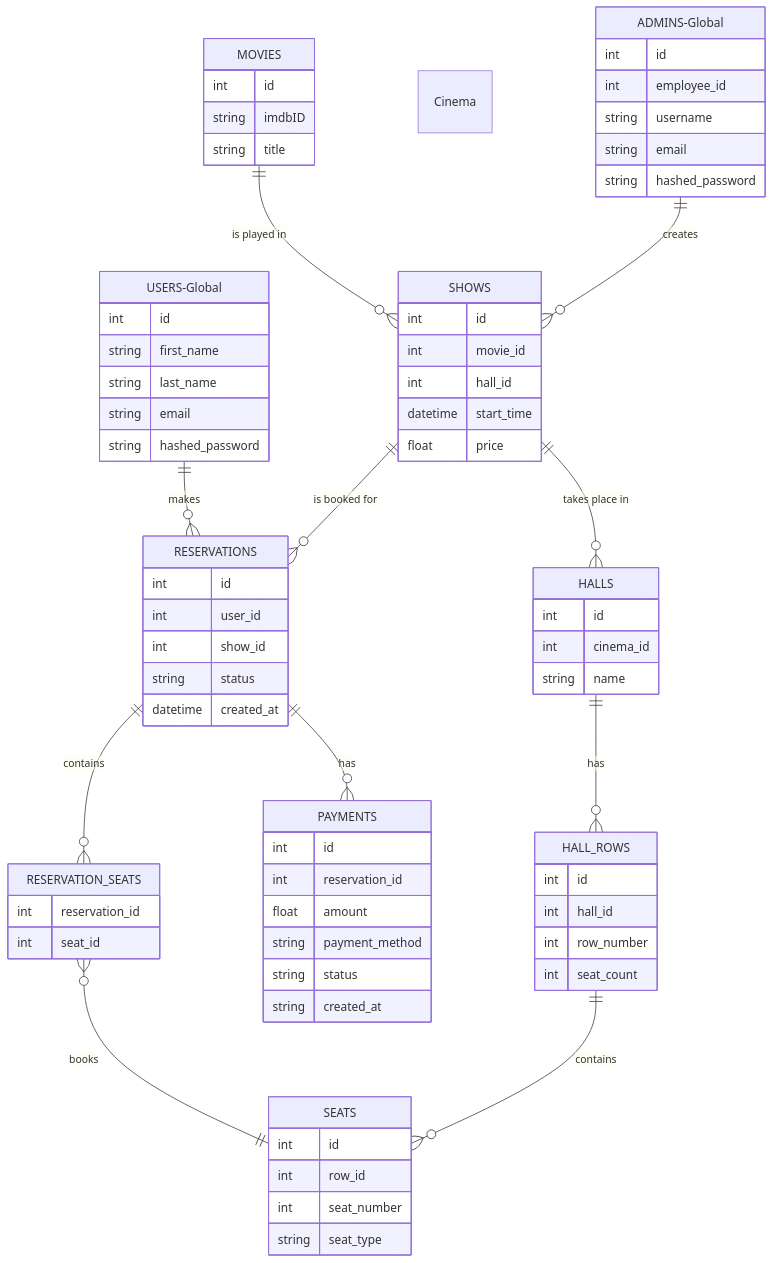
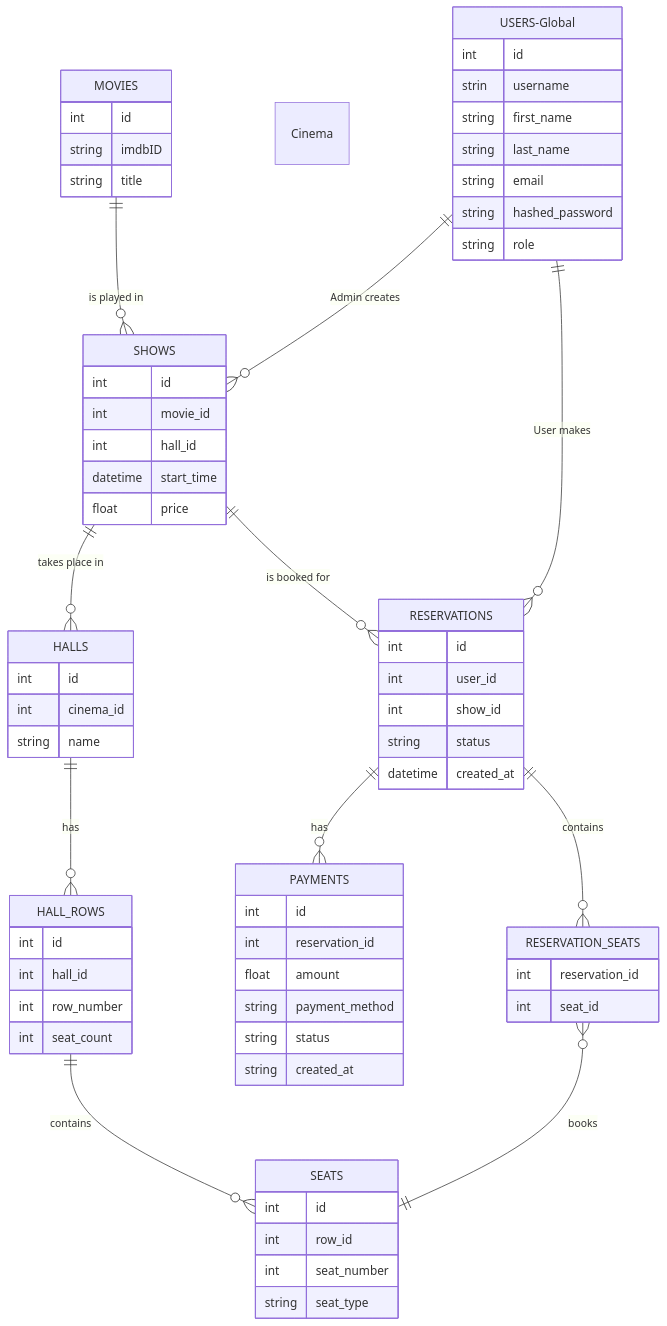
Before and after one commit to AIR-SR/Cinema-Ticket-Reservation-System: the diagram in README.md, drawn with Mermaid.

Commit message:
update to readme

```diff
--- a/README.md
+++ b/README.md
@@ -4,18 +4,12 @@
 erDiagram
     USERS-Global {
         int id
+        strin username
         string first_name
         string last_name
         string email
         string hashed_password
-    }
-
-    ADMINS-Global {
-        int id
-        int employee_id
-        string username
-        string email
-        string hashed_password
+        string role
     }
 
     Cinema {
@@ -79,7 +73,7 @@
     }
 
     %% Relationships
-    USERS-Global ||--o{ RESERVATIONS : "makes"
+    USERS-Global ||--o{ RESERVATIONS : "User makes"
     RESERVATIONS ||--o{ RESERVATION_SEATS : "contains"
     RESERVATION_SEATS }o--|| SEATS : "books"
     RESERVATIONS ||--o{ PAYMENTS : "has"
@@ -88,7 +82,7 @@
     MOVIES ||--o{ SHOWS : "is played in"
     SHOWS ||--o{ RESERVATIONS : "is booked for"
     SHOWS ||--o{ HALLS : "takes place in"
-    ADMINS-Global ||--o{ SHOWS : "creates"
+    USERS-Global ||--o{ SHOWS : "Admin creates"
 
     %% ENUM Descriptions (Mermaid does not support enums natively)
     %% Role: admin, staff, customer
```
